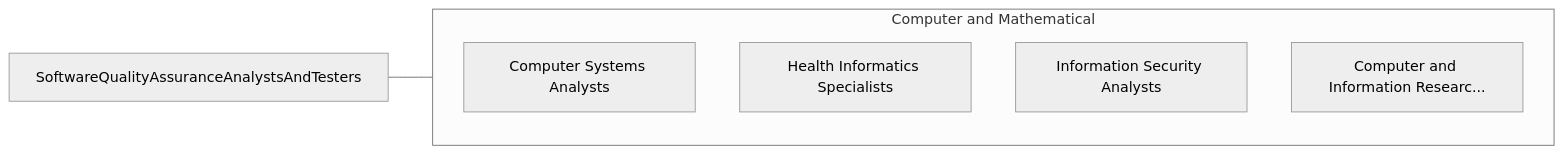
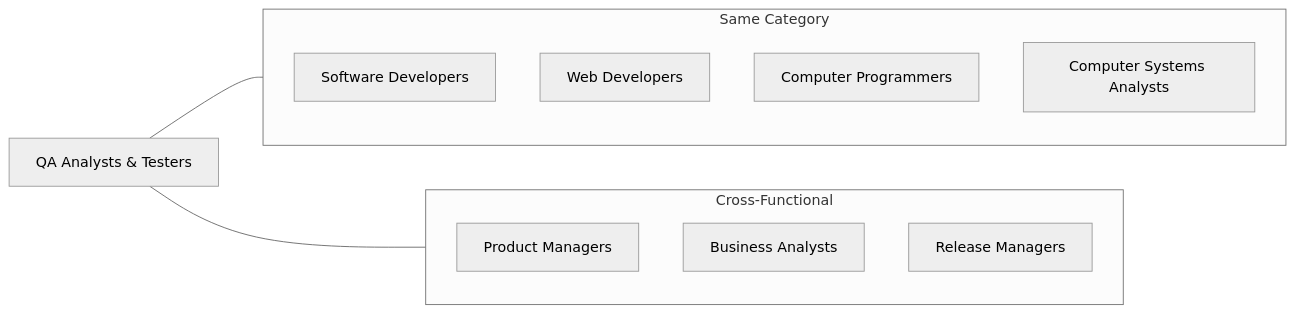
Before and after one commit to kziemski/business.org.ai: the third of 4 diagrams in occupations/Technology/SoftwareQualityAssuranceAnalystsAndTesters.mdx, drawn with Mermaid (neutral theme). The commit also changed other lines of this file and 938 other files, not shown here.

````diff
--- a/occupations/Technology/SoftwareQualityAssuranceAnalystsAndTesters.mdx
+++ b/occupations/Technology/SoftwareQualityAssuranceAnalystsAndTesters.mdx
@@ -119,13 +207,20 @@
 ```mermaid
 graph LR
-    Current["SoftwareQualityAssuranceAnalystsAndTesters"]
+    Current["QA Analysts & Testers"]
 
-    subgraph SameCategory["Computer and Mathematical"]
-        ComputerSystemsAnaly["Computer Systems Analysts"]
-        HealthInformaticsSpe["Health Informatics Specialists"]
-        InformationSecurityA["Information Security Analysts"]
-        ComputerAndInformati["Computer and Information Researc..."]
+    subgraph SameCategory["Same Category"]
+        SD["Software Developers"]
+        WD["Web Developers"]
+        CP["Computer Programmers"]
+        CSA["Computer Systems Analysts"]
+    end
+
+    subgraph CrossFunctional["Cross-Functional"]
+        PM["Product Managers"]
+        BA["Business Analysts"]
+        RM["Release Managers"]
     end
 
     Current --- SameCategory
+    Current --- CrossFunctional
 ```
````
